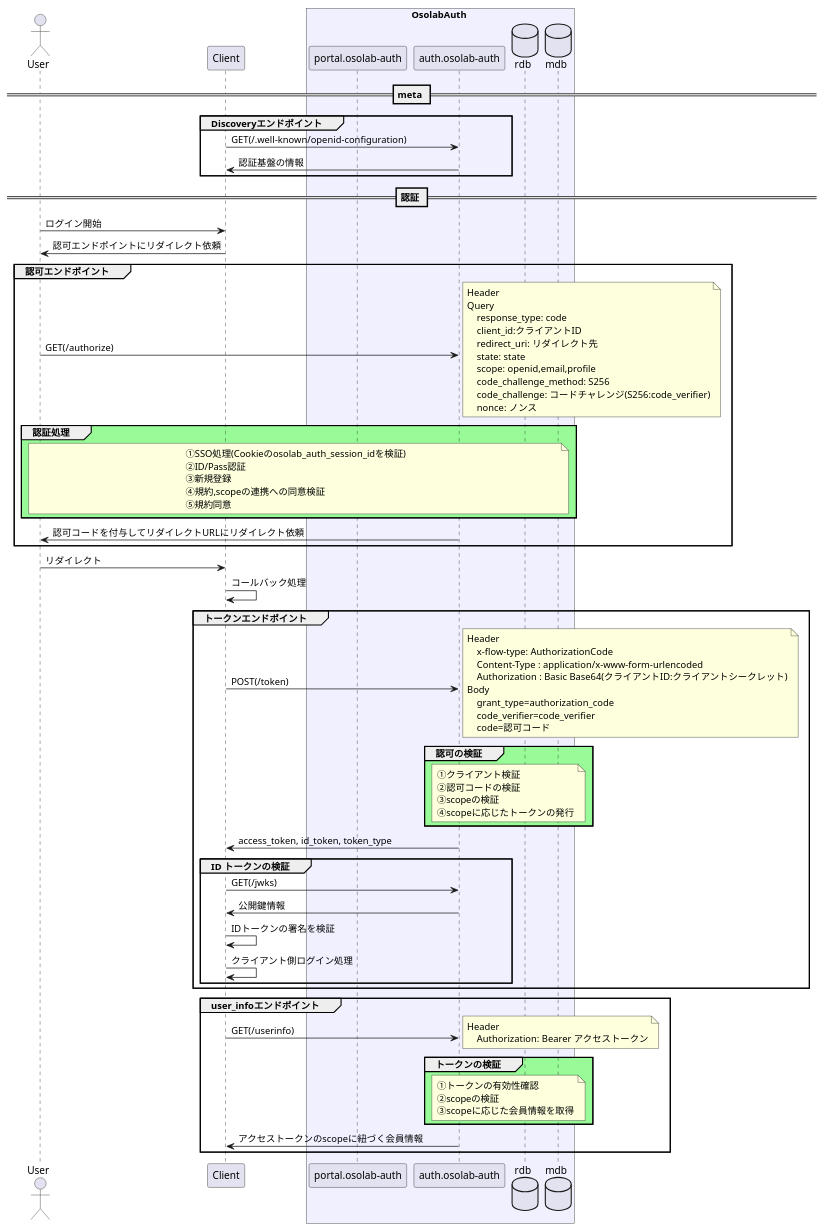
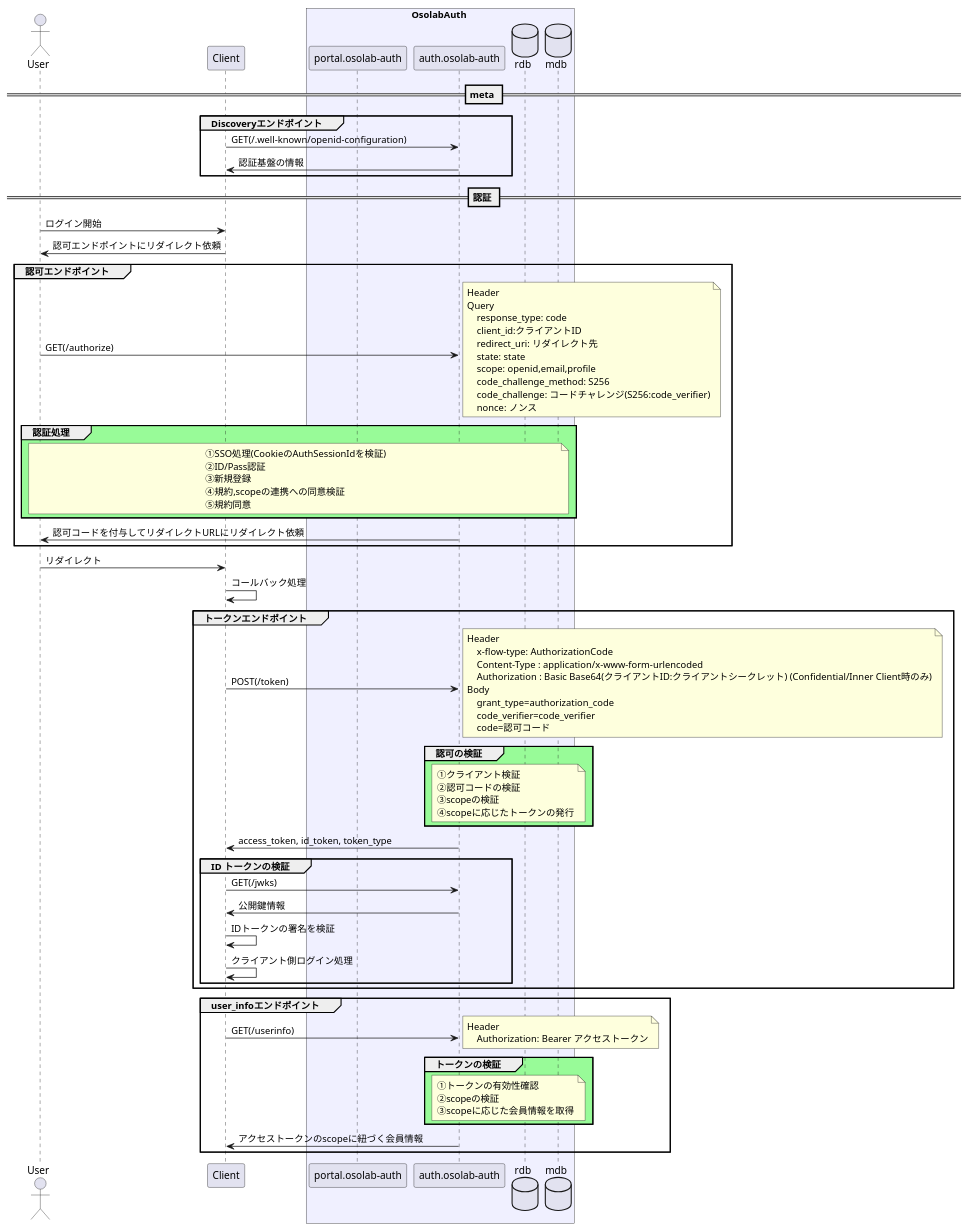
Before and after one commit to OsolabAuth/AuthDoc: the diagram in Architecture/AuthFlow/AuthSimple.md, drawn with PlantUML. The commit also changed 26 other files, not shown here.

```diff
--- a/Architecture/AuthFlow/AuthSimple.md
+++ b/Architecture/AuthFlow/AuthSimple.md
@@ -41,7 +41,7 @@
     
     group #PaleGreen 認証処理 
         note over User,mdb
-            ①SSO処理(Cookieのosolab_auth_session_idを検証)
+            ①SSO処理(CookieのAuthSessionIdを検証)
             ②ID/Pass認証
             ③新規登録
             ④規約,scopeの連携への同意検証
@@ -61,7 +61,7 @@
         Header
             x-flow-type: AuthorizationCode
             Content-Type : application/x-www-form-urlencoded
-            Authorization : Basic Base64(クライアントID:クライアントシークレット)
+            Authorization : Basic Base64(クライアントID:クライアントシークレット) (Confidential/Inner Client時のみ)
         Body
             grant_type=authorization_code
             code_verifier=code_verifier
```
